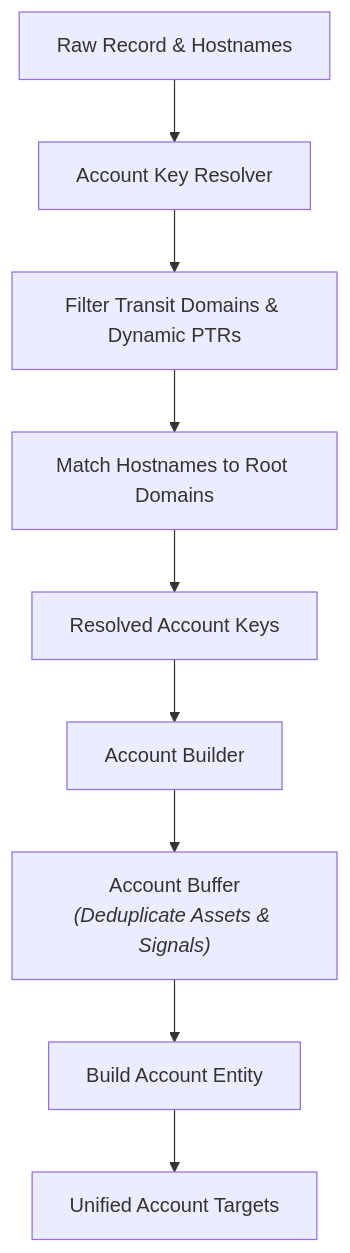
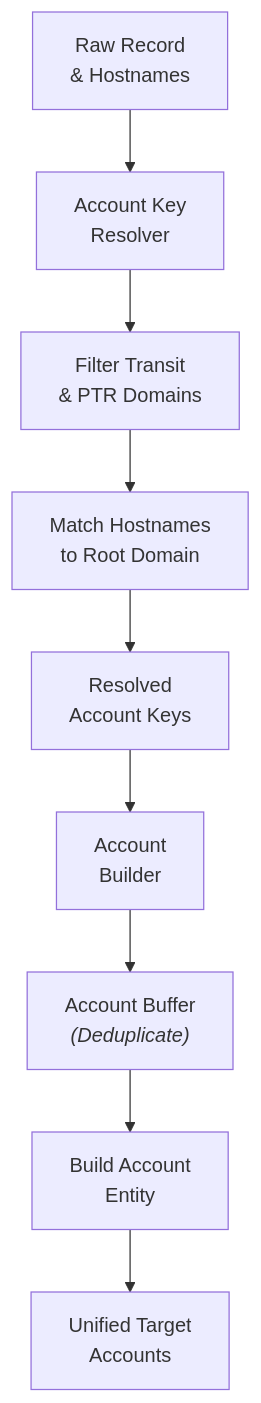
The fourth of 4 diagrams in backend/src/services/aggregator/README.md (dev-anuj007/cyber_intel), drawn with Mermaid before and after one commit. The commit also changed other lines of this file, not shown here.

````diff
--- a/backend/src/services/aggregator/README.md
+++ b/backend/src/services/aggregator/README.md
@@ -112,11 +112,11 @@
 ```mermaid
 flowchart TD
-    Record["Raw Record & Hostnames"] --> Res["Account Key Resolver"]
-    Res --> Filter["Filter Transit Domains & Dynamic PTRs"]
-    Filter --> Match["Match Hostnames to Root Domains"]
-    Match --> Keys["Resolved Account Keys"]
-    Keys --> Builder["Account Builder"]
-    Builder --> Buffer["Account Buffer<br/><i>(Deduplicate Assets & Signals)</i>"]
-    Buffer --> Build["Build Account Entity"]
-    Build --> Accounts["Unified Account Targets"]
+    Record["Raw Record<br/>& Hostnames"] --> Res["Account Key<br/>Resolver"]
+    Res --> Filter["Filter Transit<br/>& PTR Domains"]
+    Filter --> Match["Match Hostnames<br/>to Root Domain"]
+    Match --> Keys["Resolved<br/>Account Keys"]
+    Keys --> Builder["Account<br/>Builder"]
+    Builder --> Buffer["Account Buffer<br/><i>(Deduplicate)</i>"]
+    Buffer --> Build["Build Account<br/>Entity"]
+    Build --> Accounts["Unified Target<br/>Accounts"]
 ```
````
